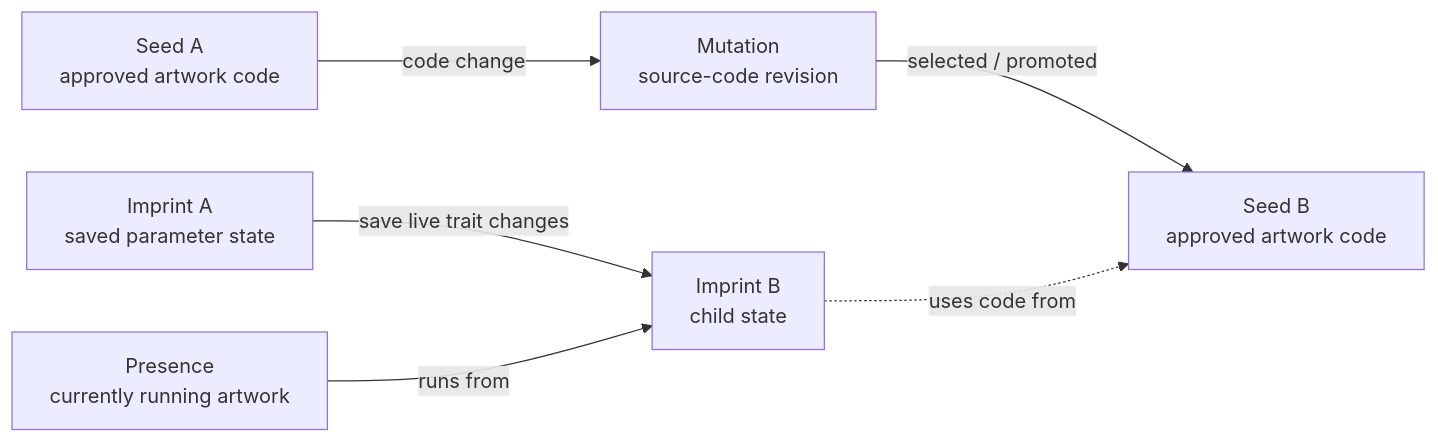
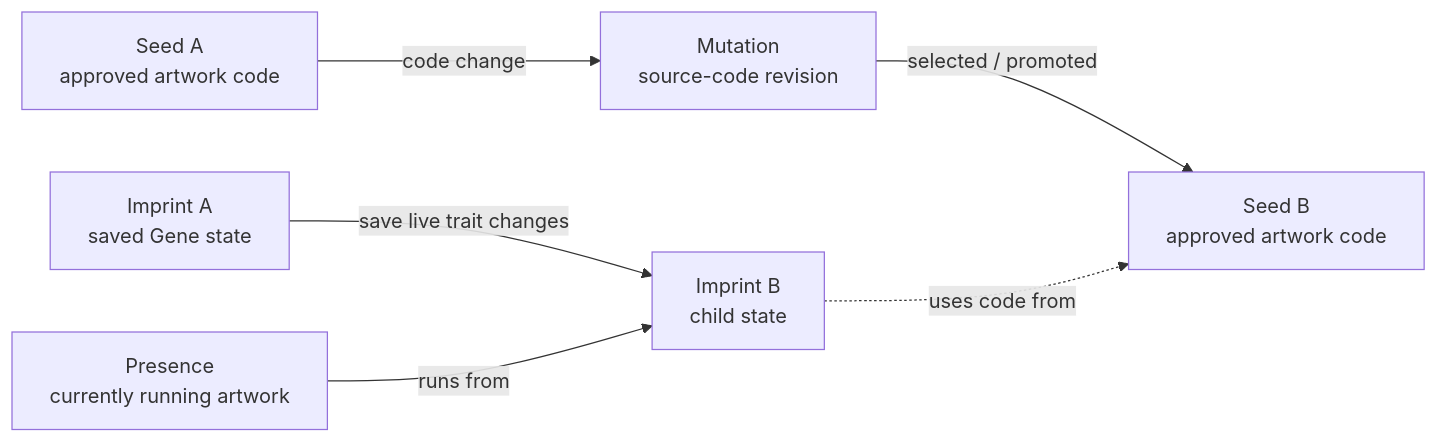
Before and after one commit to hooman3030/physis: the diagram in docs/decisions/0006-local-control-service-and-archive.md, drawn with Mermaid. The commit also changed other lines of this file and 35 other files, not shown here.

````diff
--- a/docs/decisions/0006-local-control-service-and-archive.md
+++ b/docs/decisions/0006-local-control-service-and-archive.md
@@ -26,8 +26,8 @@
 ```mermaid
 flowchart LR
   SeedA["Seed A<br/>approved artwork code"] -->|"code change"| Mutation["Mutation<br/>source-code revision"]
   Mutation -->|"selected / promoted"| SeedB["Seed B<br/>approved artwork code"]
-  ImprintA["Imprint A<br/>saved parameter state"] -->|"save live trait changes"| ImprintB["Imprint B<br/>child state"]
+  ImprintA["Imprint A<br/>saved Gene state"] -->|"save live trait changes"| ImprintB["Imprint B<br/>child state"]
   ImprintB -. "uses code from" .-> SeedB
   Presence["Presence<br/>currently running artwork"] -->|"runs from"| ImprintB
 ```
````
